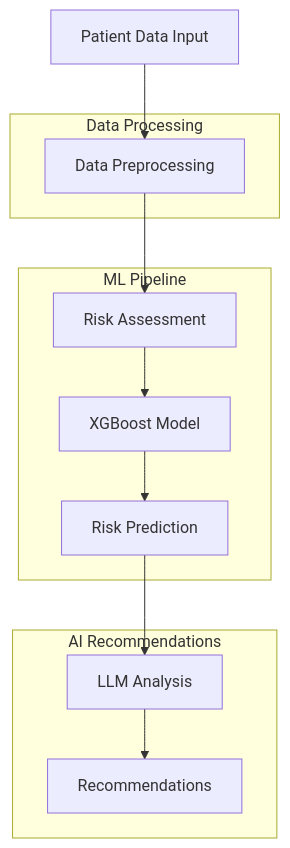
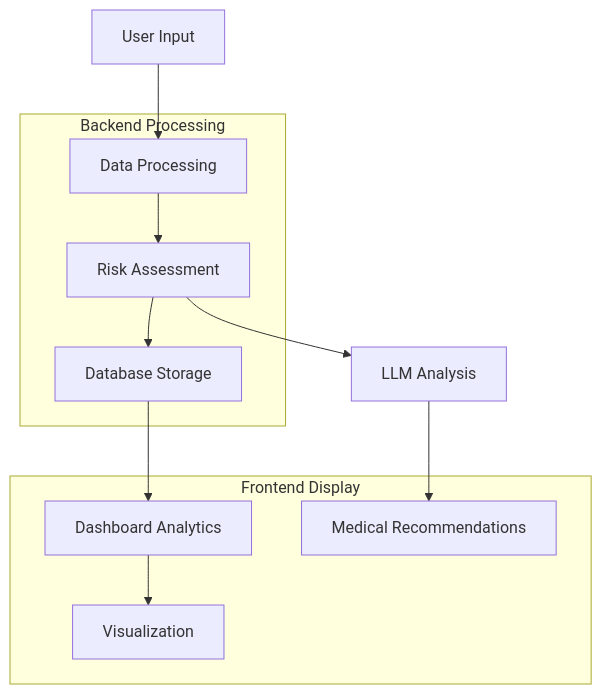
The diagram in README.md (ajitonelsonn/chronic_disease_predictor), drawn with Mermaid before and after one commit. The commit also changed other lines of this file and 4 other files, not shown here.

````diff
--- a/README.md
+++ b/README.md
@@ -150,24 +202,22 @@
 ```mermaid
 graph TD
-    A[Patient Data Input] --> B[Data Preprocessing]
+    A[User Input] --> B[Data Processing]
     B --> C[Risk Assessment]
-    C --> D[XGBoost Model]
-    D --> E[Risk Prediction]
-    E --> F[LLM Analysis]
-    F --> G[Recommendations]
+    C --> D[Database Storage]
+    D --> E[Dashboard Analytics]
+    E --> F[Visualization]
+    C --> G[LLM Analysis]
+    G --> H[Medical Recommendations]
 
-    subgraph "Data Processing"
+    subgraph "Backend Processing"
     B
+    C
+    D
     end
 
-    subgraph "ML Pipeline"
-    C
-    D
+    subgraph "Frontend Display"
     E
-    end
-
-    subgraph "AI Recommendations"
     F
-    G
+    H
     end
 ```
````
